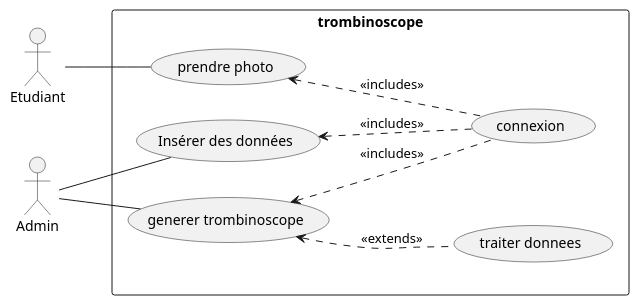
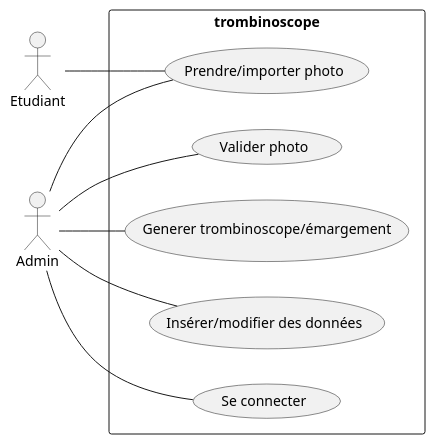
The diagram in Diagrammes/use_cases/uses_cases.wsd (pandadorable/Trombinoscope), drawn with PlantUML before and after one commit. The commit also changed 5 other files, not shown here.

Commit message:
fix : cohérence des diagrammes uml et respect du normalisme

```diff
--- a/Diagrammes/use_cases/uses_cases.wsd
+++ b/Diagrammes/use_cases/uses_cases.wsd
@@ -1,30 +1,25 @@
 @startuml useCases
 
 left to right direction
 actor "Etudiant" as Et
 actor "Admin" as Ad
 
 rectangle trombinoscope {
 
-    usecase "prendre photo" as photo
-    usecase "generer trombinoscope" as trombi
-    usecase "Insérer des données" as inserer
-    usecase "connexion" as connect
-
-    usecase "traiter donnees" as traiter
-
+    usecase "Prendre/importer photo" as photo
+    usecase "Valider photo" as valid
+    usecase "Generer trombinoscope/émargement" as trombi
+    usecase "Insérer/modifier des données" as inserer
+    usecase "Se connecter" as connect
 }
 
 Et -- photo
 
+Ad -- valid
+Ad -- photo
 Ad -- trombi
 Ad -- inserer
+Ad -- connect
 
 
-photo <.. connect: <<includes>>
-inserer <.. connect : <<includes>>
-trombi <.. connect: <<includes>>
-
-trombi <.. traiter : <<extends>>
-
 @enduml
```
